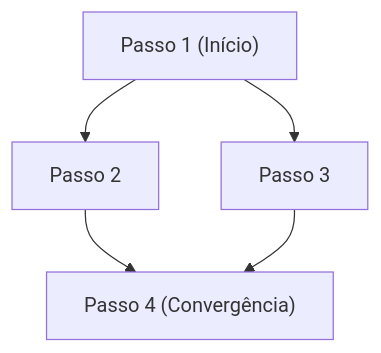
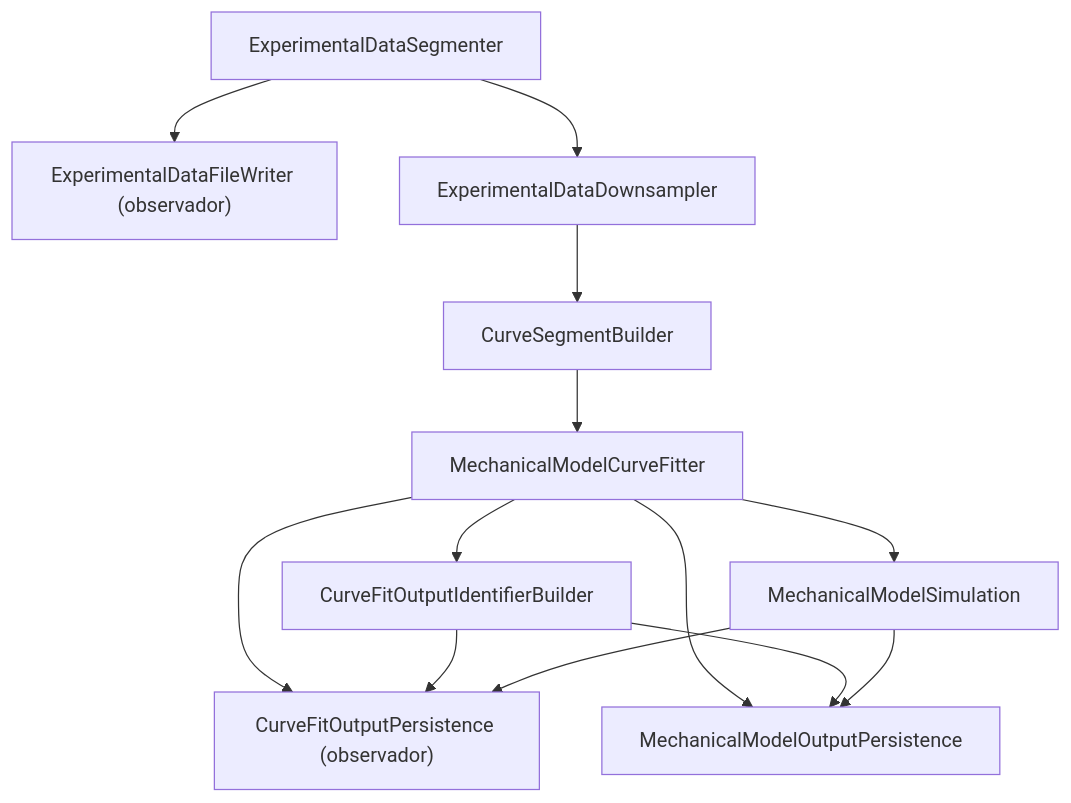
The third of 3 diagrams in .agents/prompts/pipeline-monitoring-and-topology-plan.md (mellosilveira/Tools), drawn with Mermaid before and after one commit. The commit also changed other lines of this file and 36 other files, not shown here.

````diff
--- a/.agents/prompts/pipeline-monitoring-and-topology-plan.md
+++ b/.agents/prompts/pipeline-monitoring-and-topology-plan.md
@@ -178,7 +261,15 @@
 ```mermaid
 flowchart TD
-    Passo1["Passo 1 (Início)"] --> Passo2["Passo 2"]
-    Passo1 --> Passo3["Passo 3"]
-    Passo2 --> Passo4["Passo 4 (Convergência)"]
-    Passo3 --> Passo4
+    Segmenter["ExperimentalDataSegmenter"] --> FileWriter["ExperimentalDataFileWriter (observador)"]
+    Segmenter --> Downsampler["ExperimentalDataDownsampler"]
+    Downsampler --> SegmentBuilder["CurveSegmentBuilder"]
+    SegmentBuilder --> CurveFitter["MechanicalModelCurveFitter"]
+    CurveFitter --> IdBuilder["CurveFitOutputIdentifierBuilder"]
+    CurveFitter --> Simulation["MechanicalModelSimulation"]
+    CurveFitter --> FitPersistence["CurveFitOutputPersistence (observador)"]
+    IdBuilder --> FitPersistence
+    Simulation --> FitPersistence
+    CurveFitter --> ModelPersistence["MechanicalModelOutputPersistence"]
+    IdBuilder --> ModelPersistence
+    Simulation --> ModelPersistence
 ```
````
